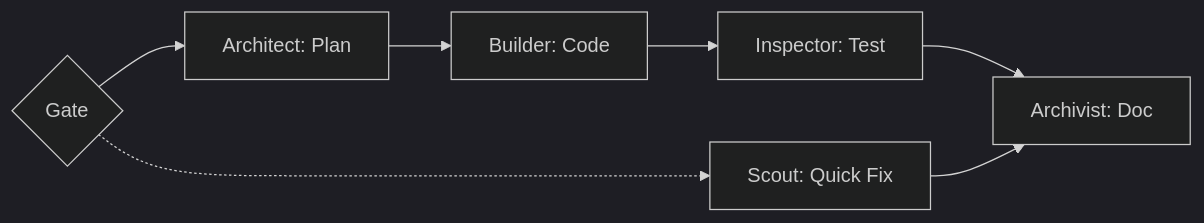
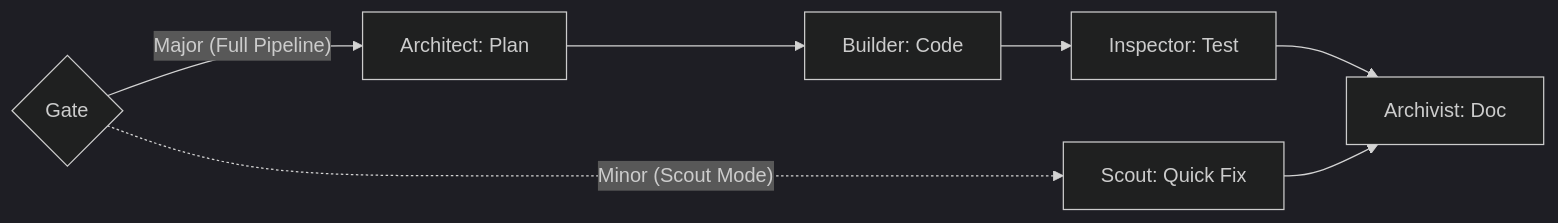
The diagram in README.md (StChiotis/Library-First-Engineering), drawn with Mermaid (dark theme) before and after one commit. The commit also changed other lines of this file and 8 other files, not shown here.

````diff
--- a/README.md
+++ b/README.md
@@ -26,9 +26,9 @@
 ```mermaid
 graph LR
-Gate{Gate} --> Architect[Architect: Plan]
+Gate{Gate} -- "Major (Full Pipeline)" --> Architect[Architect: Plan]
 Architect --> Builder[Builder: Code]
 Builder --> Inspector[Inspector: Test]
 Inspector --> Archivist[Archivist: Doc]
-Gate -.-> Scout[Scout: Quick Fix]
+Gate -. "Minor (Scout Mode)" .-> Scout[Scout: Quick Fix]
 Scout --> Archivist
 ```
````
